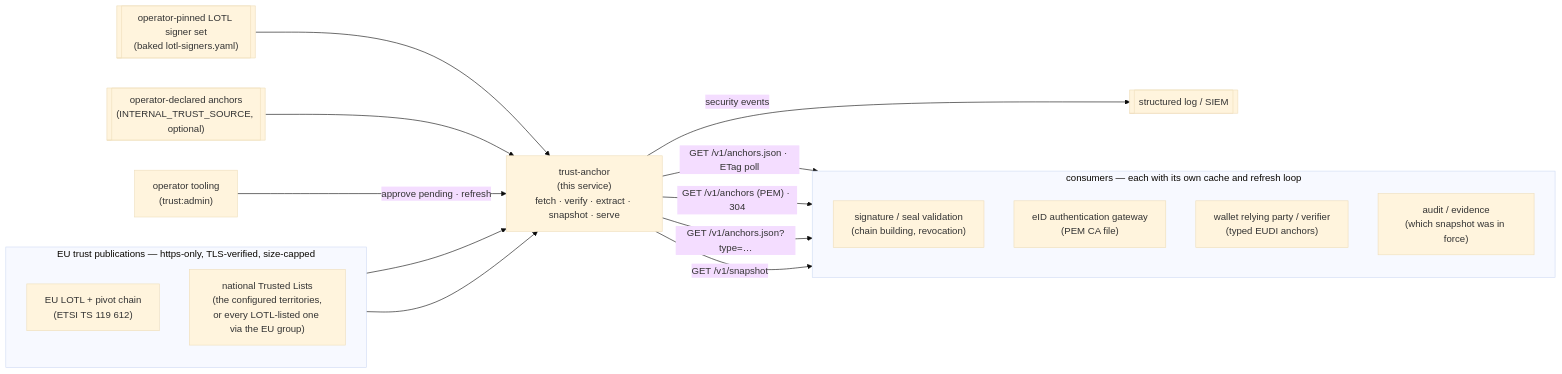
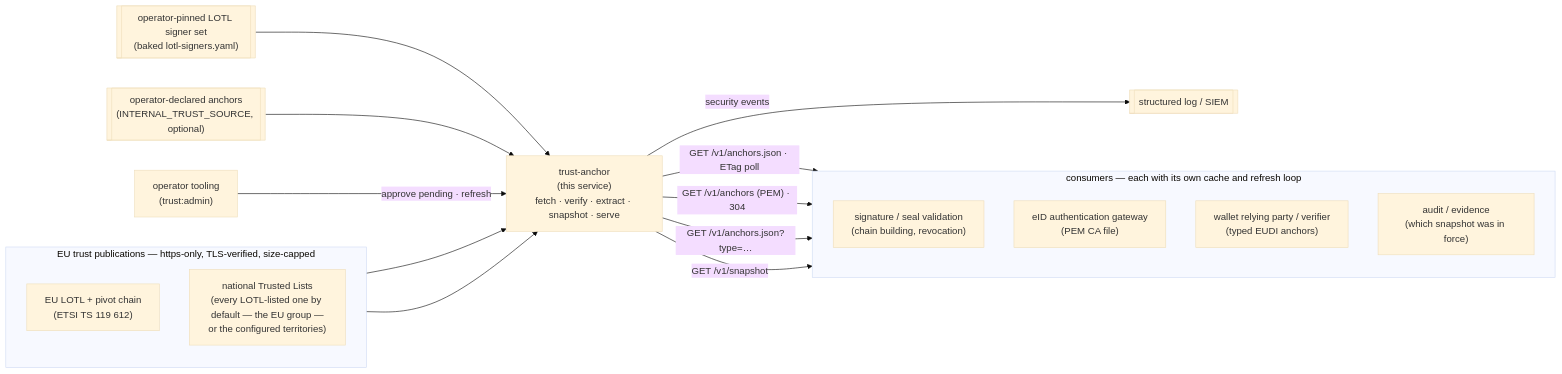
The first of 3 diagrams in README.md (go-make-bytes/trust-anchor), drawn with Mermaid (base theme) before and after one commit. The commit also changed other lines of this file and 18 other files, not shown here.

````diff
--- a/README.md
+++ b/README.md
@@ -19,36 +19,36 @@
 ```mermaid
 flowchart LR
     subgraph UP["EU trust publications — https-only, TLS-verified, size-capped"]
         direction TB
         LOTL["EU LOTL + pivot chain<br/>(ETSI TS 119 612)"]
-        NTL["national Trusted Lists<br/>(the configured territories,<br/>or every LOTL-listed one via the EU group)"]
+        NTL["national Trusted Lists<br/>(every LOTL-listed one by default — the EU group —<br/>or the configured territories)"]
     end
 
     BOOT[["operator-pinned LOTL signer set<br/>(baked lotl-signers.yaml)"]]
     DECL[["operator-declared anchors<br/>(INTERNAL_TRUST_SOURCE, optional)"]]
 
     TA["trust-anchor<br/>(this service)<br/>fetch · verify · extract · snapshot · serve"]
 
     subgraph DOWN["consumers — each with its own cache and refresh loop"]
         direction TB
         VAL["signature / seal validation<br/>(chain building, revocation)"]
         AUTH["eID authentication gateway<br/>(PEM CA file)"]
         RP["wallet relying party / verifier<br/>(typed EUDI anchors)"]
         AUD["audit / evidence<br/>(which snapshot was in force)"]
     end
 
     OPS["operator tooling<br/>(trust:admin)"]
     LOG[["structured log / SIEM"]]
 
     LOTL --> TA
     NTL --> TA
     BOOT --> TA
     DECL --> TA
 
     TA -->|"GET /v1/anchors.json · ETag poll"| VAL
     TA -->|"GET /v1/anchors (PEM) · 304"| AUTH
     TA -->|"GET /v1/anchors.json?type=…"| RP
     TA -->|"GET /v1/snapshot"| AUD
     OPS -->|"approve pending · refresh"| TA
     TA -->|"security events"| LOG
 ```
````
